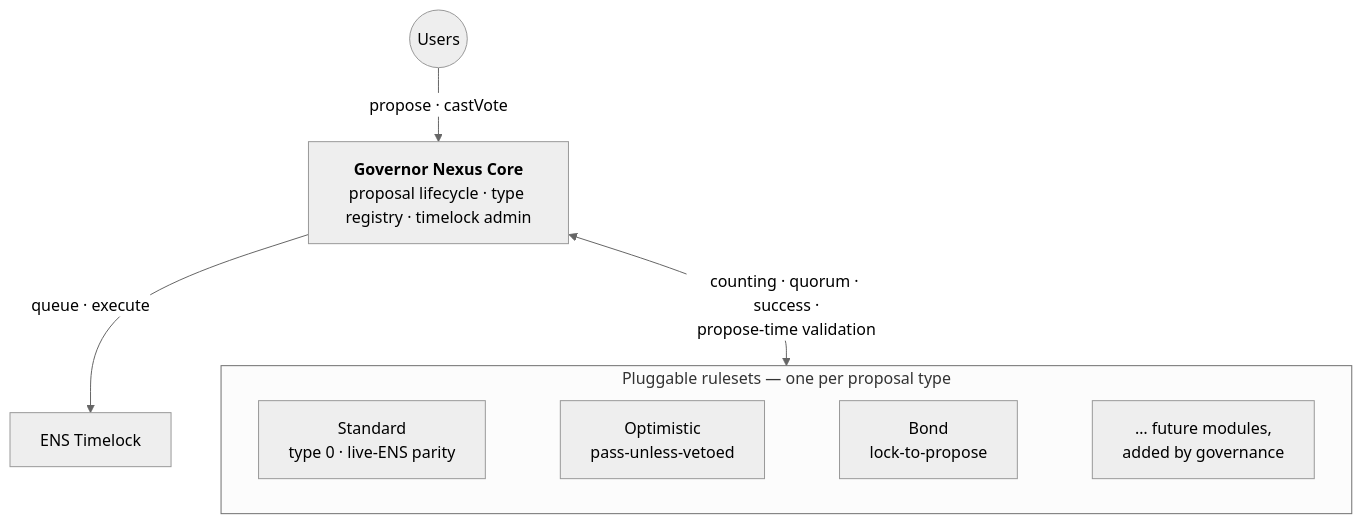
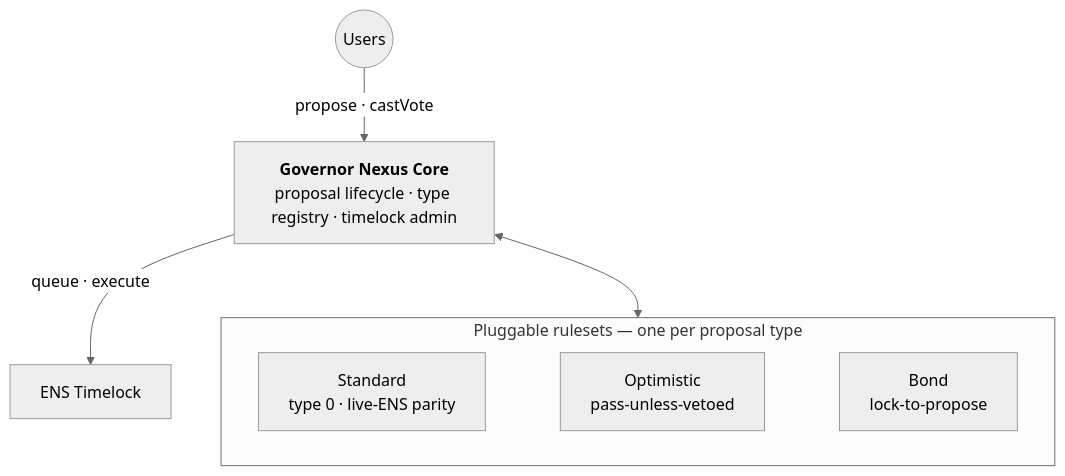
Before and after one commit to blockful/nexus: the diagram in README.md, drawn with Mermaid (neutral theme).

Commit message:
docs: simplify architecture diagram (plain core<->rulesets arrow, drop future-modules box)

````diff
--- a/README.md
+++ b/README.md
@@ -24,11 +24,11 @@
 ```mermaid
 flowchart TD
     U(("Users")) -->|"propose · castVote"| CORE["<b>Governor Nexus Core</b><br/>proposal lifecycle · type registry · timelock admin"]
     CORE -->|"queue · execute"| TL["ENS Timelock"]
-    CORE <-->|"counting · quorum · success ·<br/>propose-time validation"| RS
+    CORE <--> RS
 
     subgraph RS["Pluggable rulesets — one per proposal type"]
         direction LR
-        S["Standard<br/>type 0 · live-ENS parity"] ~~~ O["Optimistic<br/>pass-unless-vetoed"] ~~~ B["Bond<br/>lock-to-propose"] ~~~ M["… future modules,<br/>added by governance"]
+        S["Standard<br/>type 0 · live-ENS parity"] ~~~ O["Optimistic<br/>pass-unless-vetoed"] ~~~ B["Bond<br/>lock-to-propose"]
     end
 ```
````
